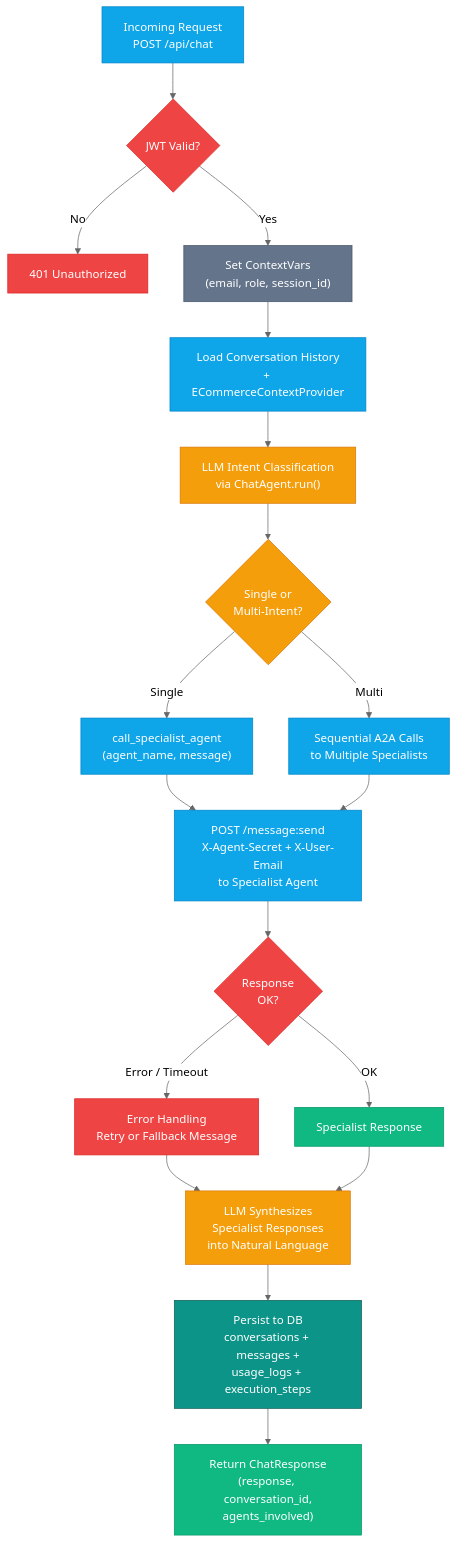
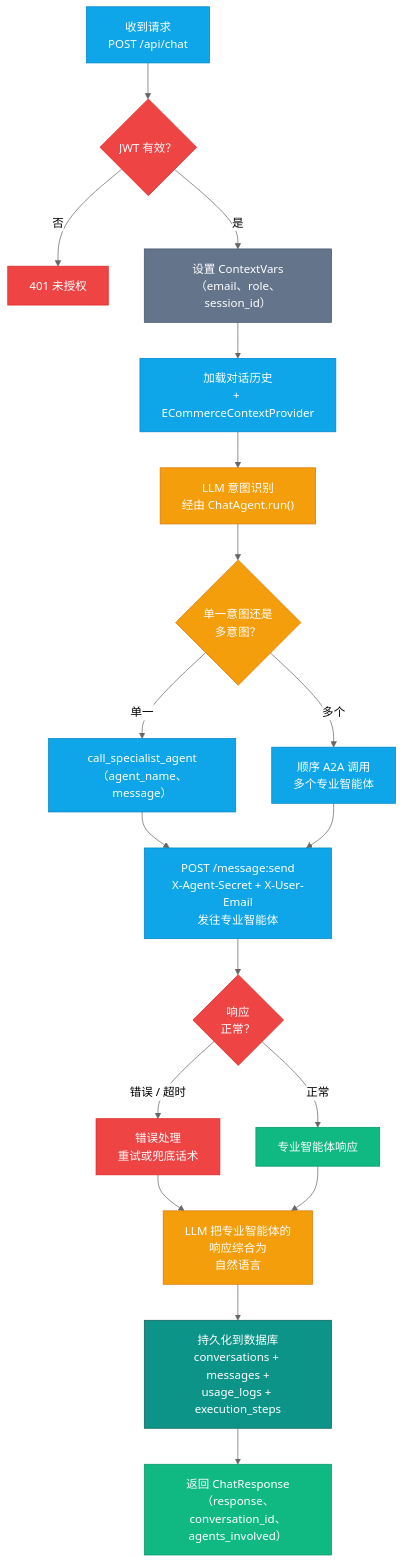
One commit to s1encisi/reliable-commerce-agents changed the fourth of 7 diagrams in docs/architecture.md. Above: the diagram before and after it, drawn with Mermaid (neutral theme). The commit also changed other lines of this file and 1033 other files, not shown here.

````diff
--- a/docs/architecture.md
+++ b/docs/architecture.md
@@ -210,63 +210,63 @@
 ```mermaid
 flowchart TD
-    REQ["Incoming Request<br/>POST /api/chat"]
-    JWT{"JWT Valid?"}
-    REJECT["401 Unauthorized"]
-    SETCTX["Set ContextVars<br/>(email, role, session_id)"]
-    LOAD["Load Conversation History<br/>+ ECommerceContextProvider"]
-    CLASSIFY["LLM Intent Classification<br/>via ChatAgent.run()"]
+    REQ["收到请求<br/>POST /api/chat"]
+    JWT{"JWT 有效？"}
+    REJECT["401 未授权"]
+    SETCTX["设置 ContextVars<br/>（email、role、session_id）"]
+    LOAD["加载对话历史<br/>+ ECommerceContextProvider"]
+    CLASSIFY["LLM 意图识别<br/>经由 ChatAgent.run()"]
 
-    SINGLE{"Single or<br/>Multi-Intent?"}
+    SINGLE{"单一意图还是<br/>多意图？"}
 
-    ROUTE_ONE["call_specialist_agent<br/>(agent_name, message)"]
-    ROUTE_MULTI["Sequential A2A Calls<br/>to Multiple Specialists"]
+    ROUTE_ONE["call_specialist_agent<br/>（agent_name、message）"]
+    ROUTE_MULTI["顺序 A2A 调用<br/>多个专业智能体"]
 
-    A2A_CALL["POST /message:send<br/>X-Agent-Secret + X-User-Email<br/>to Specialist Agent"]
+    A2A_CALL["POST /message:send<br/>X-Agent-Secret + X-User-Email<br/>发往专业智能体"]
 
-    TIMEOUT{"Response<br/>OK?"}
-    ERROR["Error Handling<br/>Retry or Fallback Message"]
-    RESPONSE["Specialist Response"]
+    TIMEOUT{"响应<br/>正常？"}
+    ERROR["错误处理<br/>重试或兜底话术"]
+    RESPONSE["专业智能体响应"]
 
-    SYNTH["LLM Synthesizes<br/>Specialist Responses<br/>into Natural Language"]
+    SYNTH["LLM 把专业智能体的<br/>响应综合为<br/>自然语言"]
 
-    PERSIST["Persist to DB<br/>conversations + messages +<br/>usage_logs + execution_steps"]
-    RETURN["Return ChatResponse<br/>(response, conversation_id,<br/>agents_involved)"]
+    PERSIST["持久化到数据库<br/>conversations + messages +<br/>usage_logs + execution_steps"]
+    RETURN["返回 ChatResponse<br/>（response、conversation_id、<br/>agents_involved）"]
 
     REQ --> JWT
-    JWT -->|No| REJECT
-    JWT -->|Yes| SETCTX
+    JWT -->|否| REJECT
+    JWT -->|是| SETCTX
     SETCTX --> LOAD
     LOAD --> CLASSIFY
     CLASSIFY --> SINGLE
 
-    SINGLE -->|Single| ROUTE_ONE
-    SINGLE -->|Multi| ROUTE_MULTI
+    SINGLE -->|单一| ROUTE_ONE
+    SINGLE -->|多个| ROUTE_MULTI
     ROUTE_ONE --> A2A_CALL
     ROUTE_MULTI --> A2A_CALL
 
     A2A_CALL --> TIMEOUT
-    TIMEOUT -->|Error / Timeout| ERROR
-    TIMEOUT -->|OK| RESPONSE
+    TIMEOUT -->|错误 / 超时| ERROR
+    TIMEOUT -->|正常| RESPONSE
 
     ERROR --> SYNTH
     RESPONSE --> SYNTH
     SYNTH --> PERSIST
     PERSIST --> RETURN
 
     style REQ fill:#0ea5e9,stroke:#0284c7,color:#fff
     style JWT fill:#ef4444,stroke:#dc2626,color:#fff
     style REJECT fill:#ef4444,stroke:#dc2626,color:#fff
     style SETCTX fill:#64748b,stroke:#475569,color:#fff
     style LOAD fill:#0ea5e9,stroke:#0284c7,color:#fff
     style CLASSIFY fill:#f59e0b,stroke:#d97706,color:#fff
     style SINGLE fill:#f59e0b,stroke:#d97706,color:#fff
     style ROUTE_ONE fill:#0ea5e9,stroke:#0284c7,color:#fff
     style ROUTE_MULTI fill:#0ea5e9,stroke:#0284c7,color:#fff
     style A2A_CALL fill:#0ea5e9,stroke:#0284c7,color:#fff
     style TIMEOUT fill:#ef4444,stroke:#dc2626,color:#fff
     style ERROR fill:#ef4444,stroke:#dc2626,color:#fff
     style RESPONSE fill:#10b981,stroke:#059669,color:#fff
     style SYNTH fill:#f59e0b,stroke:#d97706,color:#fff
     style PERSIST fill:#0d9488,stroke:#115e59,color:#fff
     style RETURN fill:#10b981,stroke:#059669,color:#fff
 ```
````
